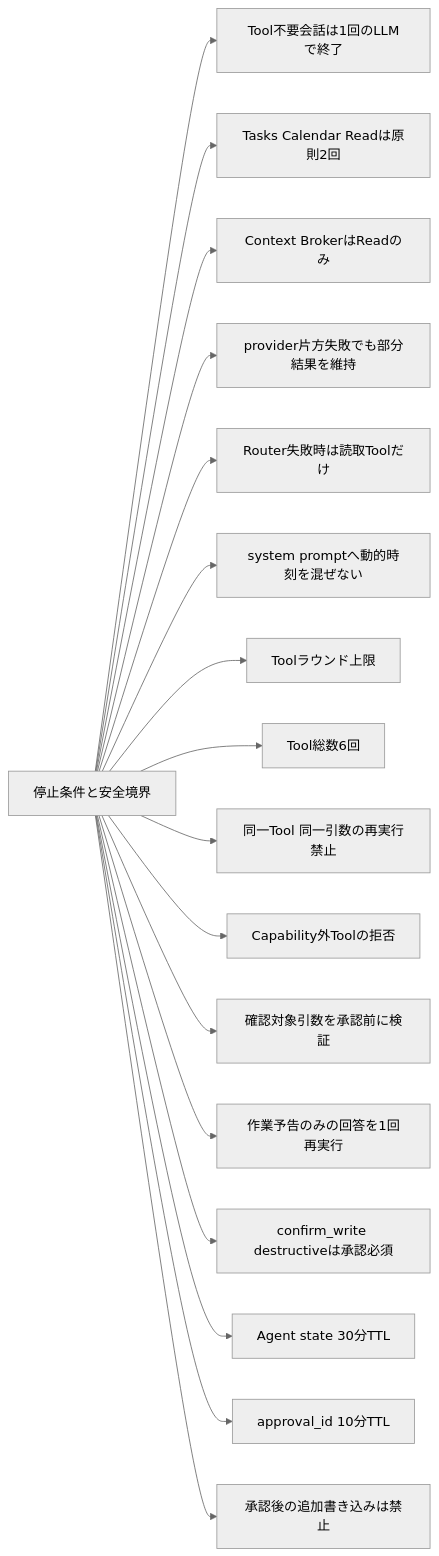
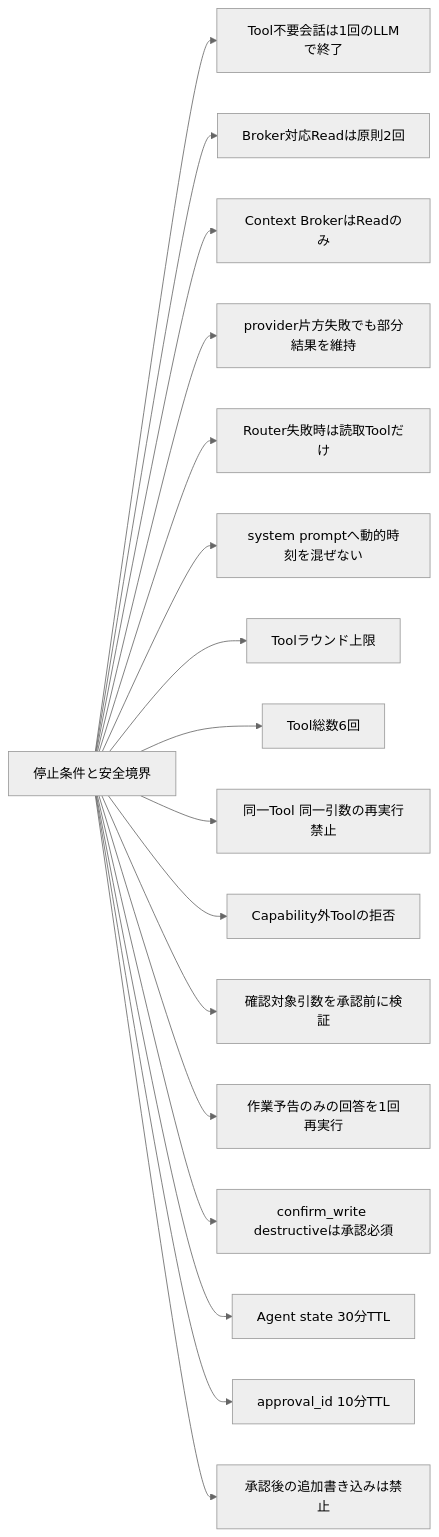
One commit to Soso2e/PETIT changed diagram 14 of 15 in docs/runtime-flows.md. Above: the diagram before and after it, drawn with Mermaid (neutral theme). The commit also changed other lines of this file and 17 other files, not shown here.

````diff
--- a/docs/runtime-flows.md
+++ b/docs/runtime-flows.md
@@ -504,37 +512,37 @@
 ```mermaid
 flowchart LR
     limits[停止条件と安全境界]
     onePass[Tool不要会話は1回のLLMで終了]
-    twoPass[Tasks Calendar Readは原則2回]
+    twoPass[Broker対応Readは原則2回]
     brokerRead[Context BrokerはReadのみ]
     partial[provider片方失敗でも部分結果を維持]
     safeFallback[Router失敗時は読取Toolだけ]
     staticPrefix[system promptへ動的時刻を混ぜない]
     round[Toolラウンド上限]
     calls[Tool総数6回]
     duplicate[同一Tool 同一引数の再実行禁止]
     allowed[Capability外Toolの拒否]
     args[確認対象引数を承認前に検証]
     defer[作業予告のみの回答を1回再実行]
     confirm[confirm_write destructiveは承認必須]
     resume[Agent state 30分TTL]
     approval[approval_id 10分TTL]
     writeOnce[承認後の追加書き込みは禁止]
 
     limits --> onePass
     limits --> twoPass
     limits --> brokerRead
     limits --> partial
     limits --> safeFallback
     limits --> staticPrefix
     limits --> round
     limits --> calls
     limits --> duplicate
     limits --> allowed
     limits --> args
     limits --> defer
     limits --> confirm
     limits --> resume
     limits --> approval
     limits --> writeOnce
 ```
````
